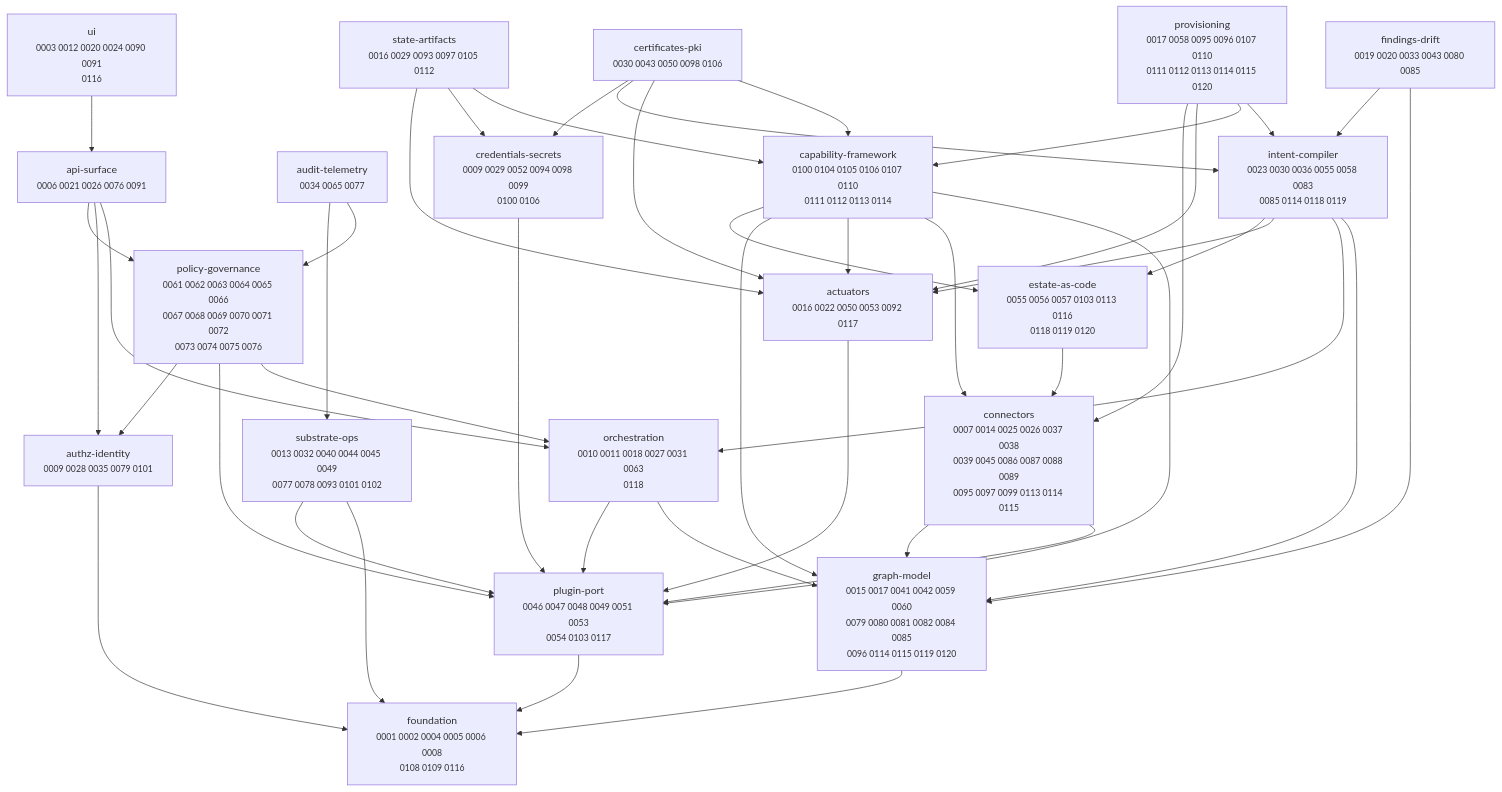
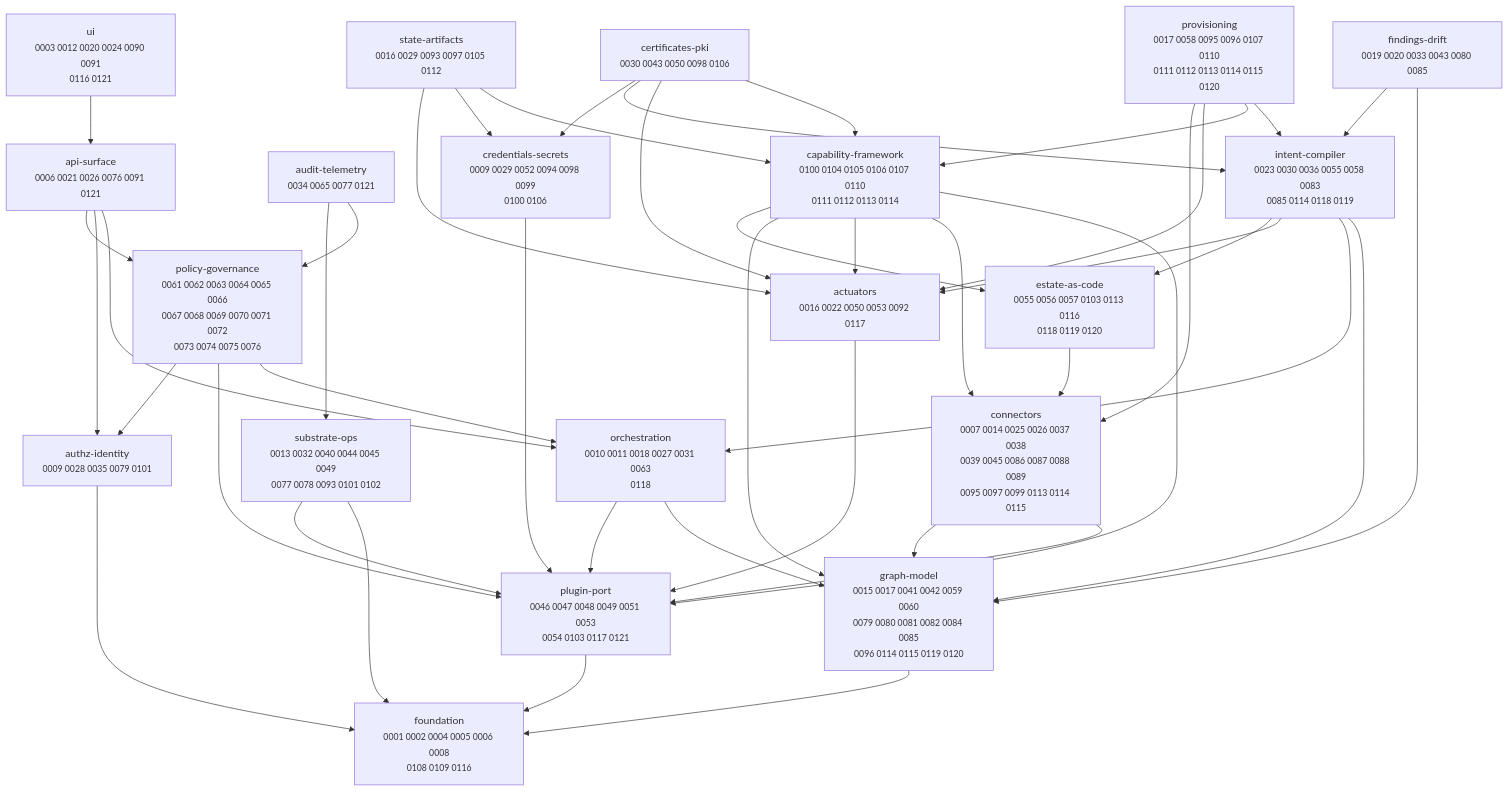
The diagram in docs/adr/MAP.md (dstout-devops/stratt), drawn with Mermaid before and after one commit. The commit also changed other lines of this file and 18 other files, not shown here.

````diff
--- a/docs/adr/MAP.md
+++ b/docs/adr/MAP.md
@@ -11,67 +11,67 @@
 ```mermaid
 graph TD
   actuators["actuators<br/><small>0016 0022 0050 0053 0092 0117</small>"]
-  api_surface["api-surface<br/><small>0006 0021 0026 0076 0091</small>"]
-  audit_telemetry["audit-telemetry<br/><small>0034 0065 0077</small>"]
+  api_surface["api-surface<br/><small>0006 0021 0026 0076 0091 0121</small>"]
+  audit_telemetry["audit-telemetry<br/><small>0034 0065 0077 0121</small>"]
   authz_identity["authz-identity<br/><small>0009 0028 0035 0079 0101</small>"]
   capability_framework["capability-framework<br/><small>0100 0104 0105 0106 0107 0110<br/>0111 0112 0113 0114</small>"]
   certificates_pki["certificates-pki<br/><small>0030 0043 0050 0098 0106</small>"]
   connectors["connectors<br/><small>0007 0014 0025 0026 0037 0038<br/>0039 0045 0086 0087 0088 0089<br/>0095 0097 0099 0113 0114 0115</small>"]
   credentials_secrets["credentials-secrets<br/><small>0009 0029 0052 0094 0098 0099<br/>0100 0106</small>"]
   estate_as_code["estate-as-code<br/><small>0055 0056 0057 0103 0113 0116<br/>0118 0119 0120</small>"]
   findings_drift["findings-drift<br/><small>0019 0020 0033 0043 0080 0085</small>"]
   foundation["foundation<br/><small>0001 0002 0004 0005 0006 0008<br/>0108 0109 0116</small>"]
   graph_model["graph-model<br/><small>0015 0017 0041 0042 0059 0060<br/>0079 0080 0081 0082 0084 0085<br/>0096 0114 0115 0119 0120</small>"]
   intent_compiler["intent-compiler<br/><small>0023 0030 0036 0055 0058 0083<br/>0085 0114 0118 0119</small>"]
   orchestration["orchestration<br/><small>0010 0011 0018 0027 0031 0063<br/>0118</small>"]
-  plugin_port["plugin-port<br/><small>0046 0047 0048 0049 0051 0053<br/>0054 0103 0117</small>"]
+  plugin_port["plugin-port<br/><small>0046 0047 0048 0049 0051 0053<br/>0054 0103 0117 0121</small>"]
   policy_governance["policy-governance<br/><small>0061 0062 0063 0064 0065 0066<br/>0067 0068 0069 0070 0071 0072<br/>0073 0074 0075 0076</small>"]
   provisioning["provisioning<br/><small>0017 0058 0095 0096 0107 0110<br/>0111 0112 0113 0114 0115 0120</small>"]
   state_artifacts["state-artifacts<br/><small>0016 0029 0093 0097 0105 0112</small>"]
   substrate_ops["substrate-ops<br/><small>0013 0032 0040 0044 0045 0049<br/>0077 0078 0093 0101 0102</small>"]
-  ui["ui<br/><small>0003 0012 0020 0024 0090 0091<br/>0116</small>"]
+  ui["ui<br/><small>0003 0012 0020 0024 0090 0091<br/>0116 0121</small>"]
 
   actuators --> plugin_port
   api_surface --> orchestration
   api_surface --> authz_identity
   api_surface --> policy_governance
   audit_telemetry --> policy_governance
   audit_telemetry --> substrate_ops
   authz_identity --> foundation
   capability_framework --> plugin_port
   capability_framework --> connectors
   capability_framework --> actuators
   capability_framework --> graph_model
   capability_framework --> estate_as_code
   certificates_pki --> capability_framework
   certificates_pki --> actuators
   certificates_pki --> intent_compiler
   certificates_pki --> credentials_secrets
   connectors --> plugin_port
   connectors --> graph_model
   credentials_secrets --> plugin_port
   estate_as_code --> connectors
   findings_drift --> graph_model
   findings_drift --> intent_compiler
   graph_model --> foundation
   intent_compiler --> graph_model
   intent_compiler --> orchestration
   intent_compiler --> actuators
   intent_compiler --> estate_as_code
   orchestration --> graph_model
   orchestration --> plugin_port
   plugin_port --> foundation
   policy_governance --> orchestration
   policy_governance --> plugin_port
   policy_governance --> authz_identity
   provisioning --> intent_compiler
   provisioning --> capability_framework
   provisioning --> actuators
   provisioning --> connectors
   state_artifacts --> capability_framework
   state_artifacts --> credentials_secrets
   state_artifacts --> actuators
   substrate_ops --> foundation
   substrate_ops --> plugin_port
   ui --> api_surface
 ```
````
